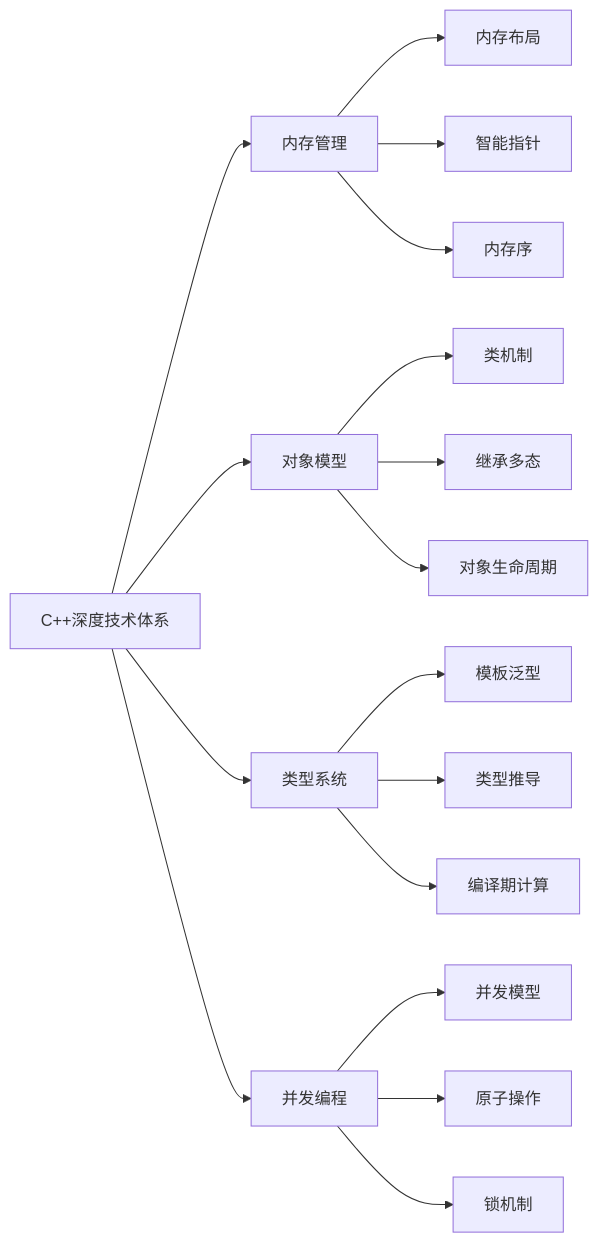
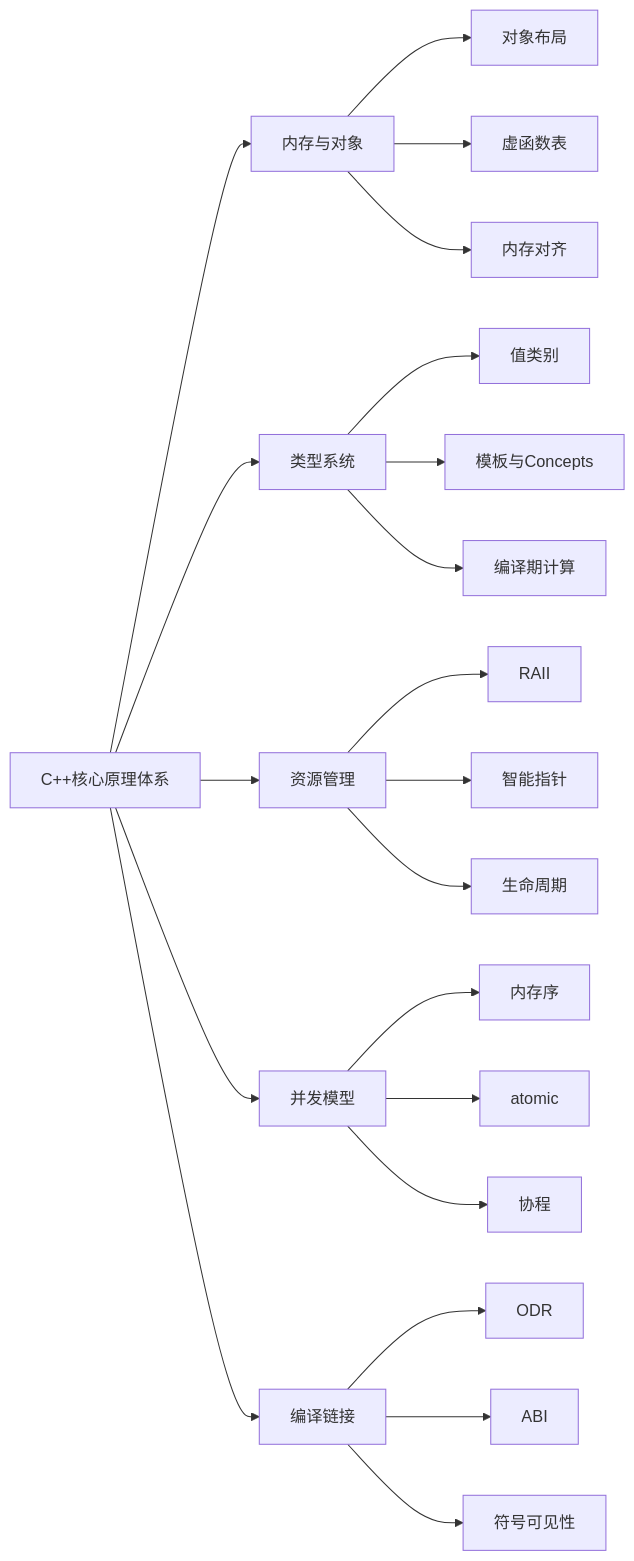
One commit to chongyang211/YCBookBlog changed the second of 2 diagrams in 08.Cpp入门到精通/03.专栏博客/README.md. Above: the diagram before and after it, drawn with Mermaid. The commit also changed other lines of this file and 23 other files, not shown here.

````diff
--- a/08.Cpp入门到精通/03.专栏博客/README.md
+++ b/08.Cpp入门到精通/03.专栏博客/README.md
@@ -78,23 +178,28 @@
 ```mermaid
 graph LR
-    A[C++深度技术体系] --> B[内存管理]
-    A --> C[对象模型]
-    A --> D[类型系统]
-    A --> E[并发编程]
-    
-    B --> B1[内存布局]
-    B --> B2[智能指针]
-    B --> B3[内存序]
-    
-    C --> C1[类机制]
-    C --> C2[继承多态]
-    C --> C3[对象生命周期]
-    
-    D --> D1[模板泛型]
-    D --> D2[类型推导]
-    D --> D3[编译期计算]
-    
-    E --> E1[并发模型]
-    E --> E2[原子操作]
-    E --> E3[锁机制]
+    A[C++核心原理体系] --> B[内存与对象]
+    A --> C[类型系统]
+    A --> D[资源管理]
+    A --> E[并发模型]
+    A --> F[编译链接]
+
+    B --> B1[对象布局]
+    B --> B2[虚函数表]
+    B --> B3[内存对齐]
+
+    C --> C1[值类别]
+    C --> C2[模板与Concepts]
+    C --> C3[编译期计算]
+
+    D --> D1[RAII]
+    D --> D2[智能指针]
+    D --> D3[生命周期]
+
+    E --> E1[内存序]
+    E --> E2[atomic]
+    E --> E3[协程]
+
+    F --> F1[ODR]
+    F --> F2[ABI]
+    F --> F3[符号可见性]
 ```
````
